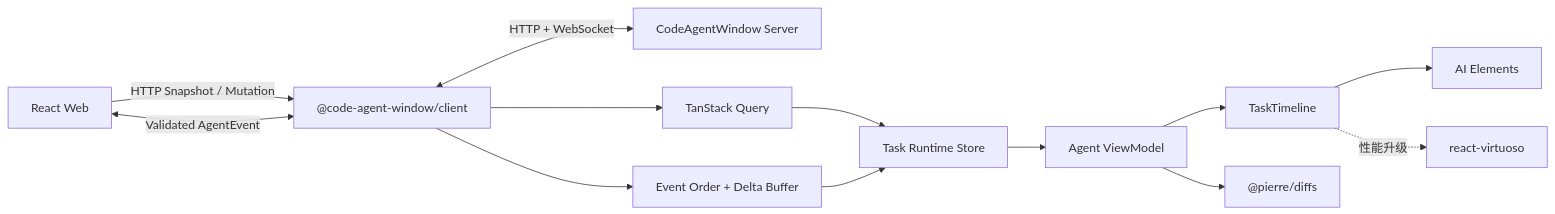
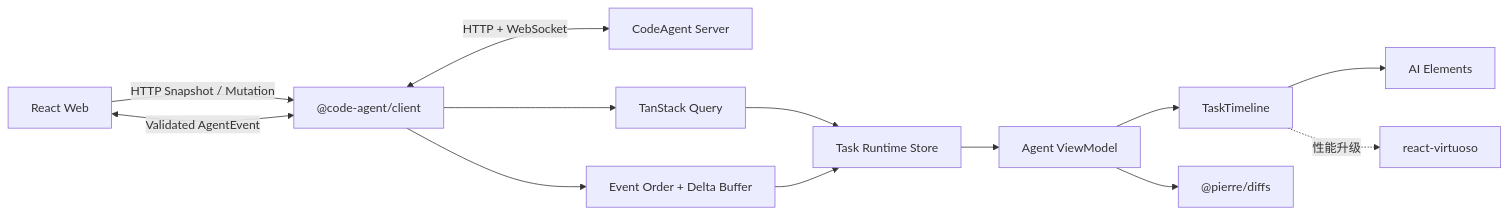
The first of 2 diagrams in docs/web-design.md (BryanHoo/CodeAgent), drawn with Mermaid before and after one commit. The commit also changed other lines of this file and 33 other files, not shown here.

````diff
--- a/docs/web-design.md
+++ b/docs/web-design.md
@@ -97,17 +97,17 @@
 ```mermaid
 flowchart LR
-    Browser["React Web"] -->|"HTTP Snapshot / Mutation"| Client["@code-agent-window/client"]
+    Browser["React Web"] -->|"HTTP Snapshot / Mutation"| Client["@code-agent/client"]
     Browser <-->|"Validated AgentEvent"| Client
-    Client <-->|"HTTP + WebSocket"| Server["CodeAgentWindow Server"]
+    Client <-->|"HTTP + WebSocket"| Server["CodeAgent Server"]
 
     Query["TanStack Query"] --> Runtime["Task Runtime Store"]
     Client --> Query
     Client --> Buffer["Event Order + Delta Buffer"]
     Buffer --> Runtime
 
     Runtime --> VM["Agent ViewModel"]
     VM --> Timeline["TaskTimeline"]
     Timeline --> Elements["AI Elements"]
     Timeline -. "性能升级" .-> Virtuoso["react-virtuoso"]
     VM --> Diff["@pierre/diffs"]
 ```
````
